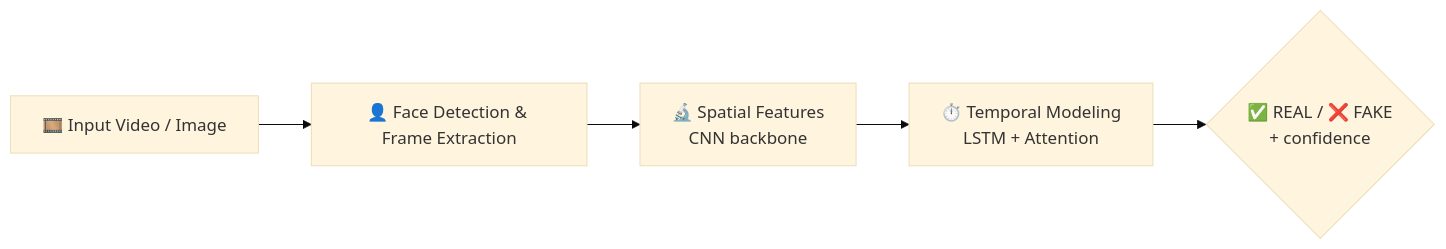
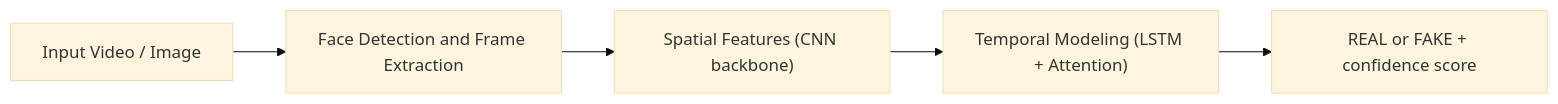
Before and after one commit to devyanighildiyal/FakeNet: the diagram in README.md, drawn with Mermaid (base theme).

````diff
--- a/README.md
+++ b/README.md
@@ -50,7 +50,7 @@
 ```mermaid
 flowchart LR
-    A[🎞️ Input Video / Image] --> B[👤 Face Detection & Frame Extraction]
-    B --> C[🔬 Spatial Features<br/>CNN backbone]
-    C --> D[⏱️ Temporal Modeling<br/>LSTM + Attention]
-    D --> E{✅ REAL / ❌ FAKE<br/>+ confidence}
+    A["Input Video / Image"] --> B["Face Detection and Frame Extraction"]
+    B --> C["Spatial Features (CNN backbone)"]
+    C --> D["Temporal Modeling (LSTM + Attention)"]
+    D --> E["REAL or FAKE + confidence score"]
 ```
````
